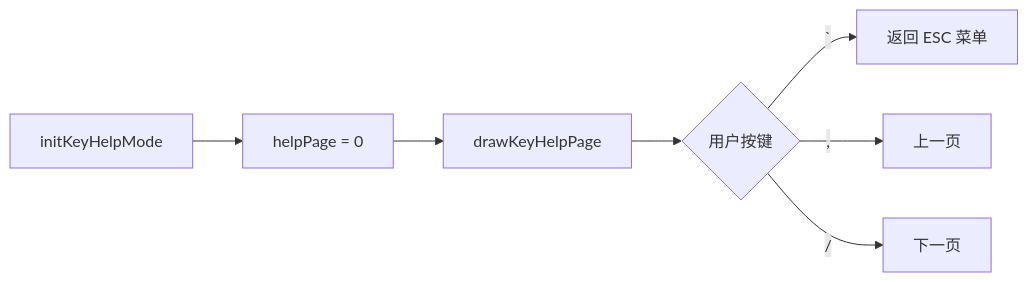
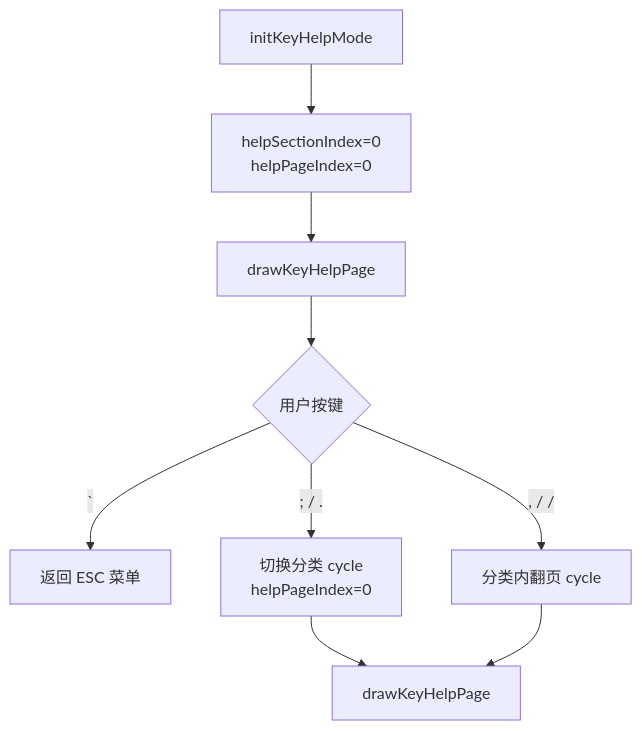
Before and after one commit to Mr-xiaotian/WordCardputer: the diagram in docs/zh-CN/ModeKeyHelp.md, drawn with Mermaid. The commit also changed other lines of this file and 23 other files, not shown here.

````diff
--- a/docs/zh-CN/ModeKeyHelp.md
+++ b/docs/zh-CN/ModeKeyHelp.md
@@ -51,9 +96,11 @@
 ```mermaid
-flowchart LR
-    A[initKeyHelpMode] --> B[helpPage = 0]
+flowchart TD
+    A[initKeyHelpMode] --> B[helpSectionIndex=0<br/>helpPageIndex=0]
     B --> C[drawKeyHelpPage]
     C --> D{用户按键}
     D -->|`| E[返回 ESC 菜单]
-    D -->|,| F[上一页]
-    D -->|/| G[下一页]
+    D -->|; / .| F[切换分类 cycle<br/>helpPageIndex=0]
+    D -->|, / /| G[分类内翻页 cycle]
+    F --> H[drawKeyHelpPage]
+    G --> H
 ```
````
